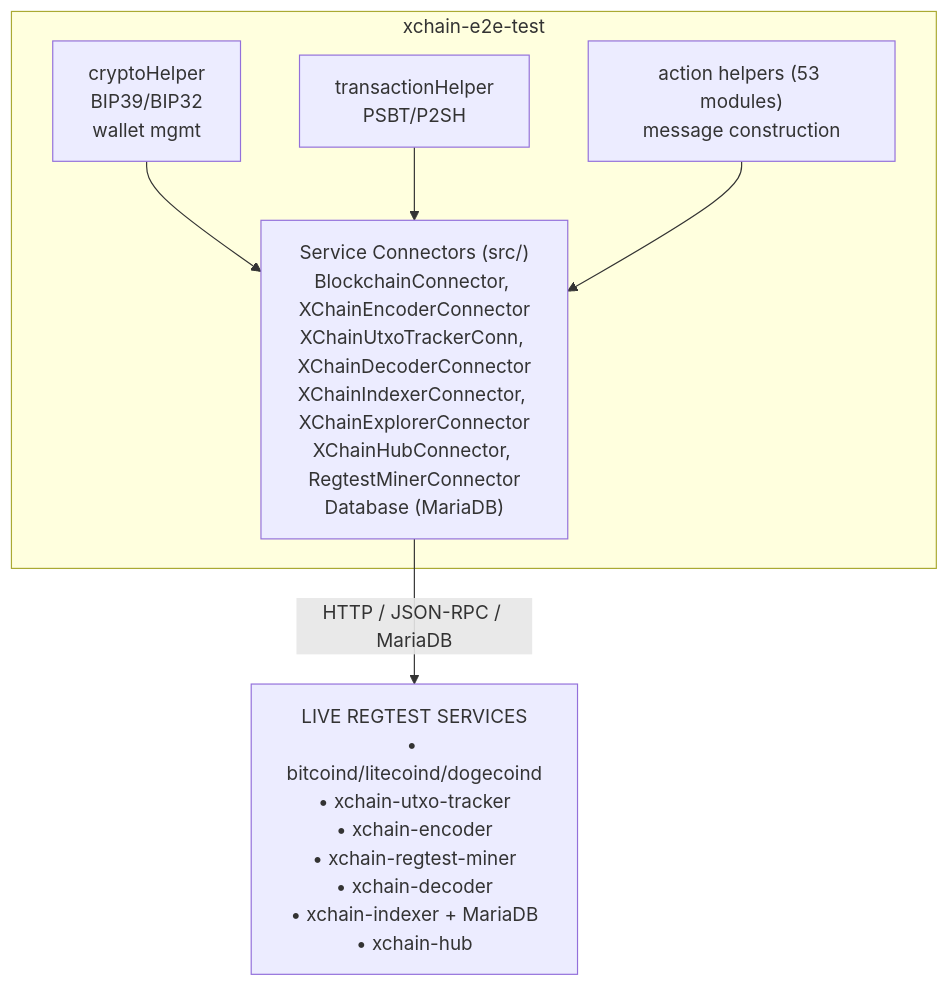
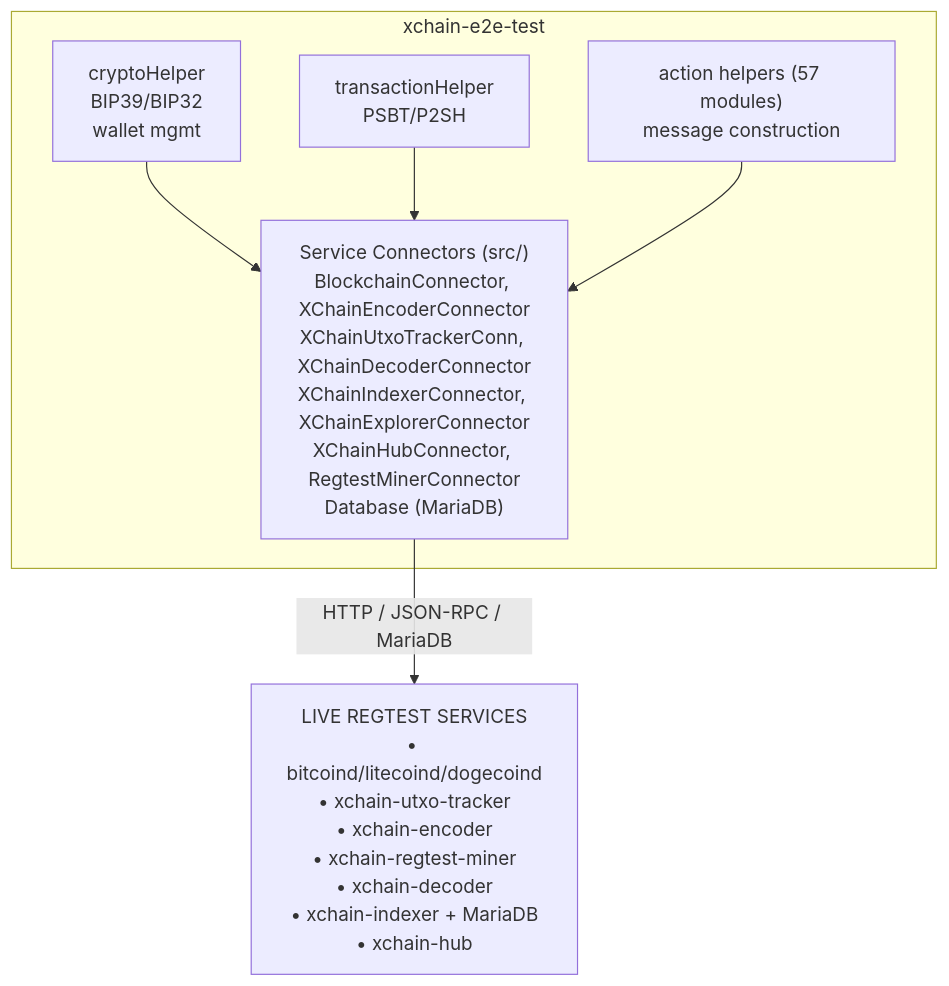
One commit to XChain-Platform/xchain-documentation changed the second of 2 diagrams in components/e2e-test/README.md. Above: the diagram before and after it, drawn with Mermaid. The commit also changed 1 other file, not shown here.

Commit message:
docs(e2e-test): count the four bridge helper modules
The helper-module figure in the e2e architecture and README pages moves from 53 to 57 for the bridge drills.

````diff
--- a/components/e2e-test/README.md
+++ b/components/e2e-test/README.md
@@ -65,14 +65,14 @@
 ```mermaid
 flowchart TD
     subgraph E2E["xchain-e2e-test"]
         CH["cryptoHelper<br>BIP39/BIP32<br>wallet mgmt"]
         TH["transactionHelper<br>PSBT/P2SH"]
-        AH["action helpers (53 modules)<br>message construction"]
+        AH["action helpers (57 modules)<br>message construction"]
         SC["Service Connectors (src/)<br>BlockchainConnector, XChainEncoderConnector<br>XChainUtxoTrackerConn, XChainDecoderConnector<br>XChainIndexerConnector, XChainExplorerConnector<br>XChainHubConnector, RegtestMinerConnector<br>Database (MariaDB)"]
         CH --> SC
         TH --> SC
         AH --> SC
     end
     SVC["LIVE REGTEST SERVICES<br>• bitcoind/litecoind/dogecoind<br>• xchain-utxo-tracker<br>• xchain-encoder<br>• xchain-regtest-miner<br>• xchain-decoder<br>• xchain-indexer + MariaDB<br>• xchain-hub"]
     SC -->|HTTP / JSON-RPC / MariaDB| SVC
 ```
````
